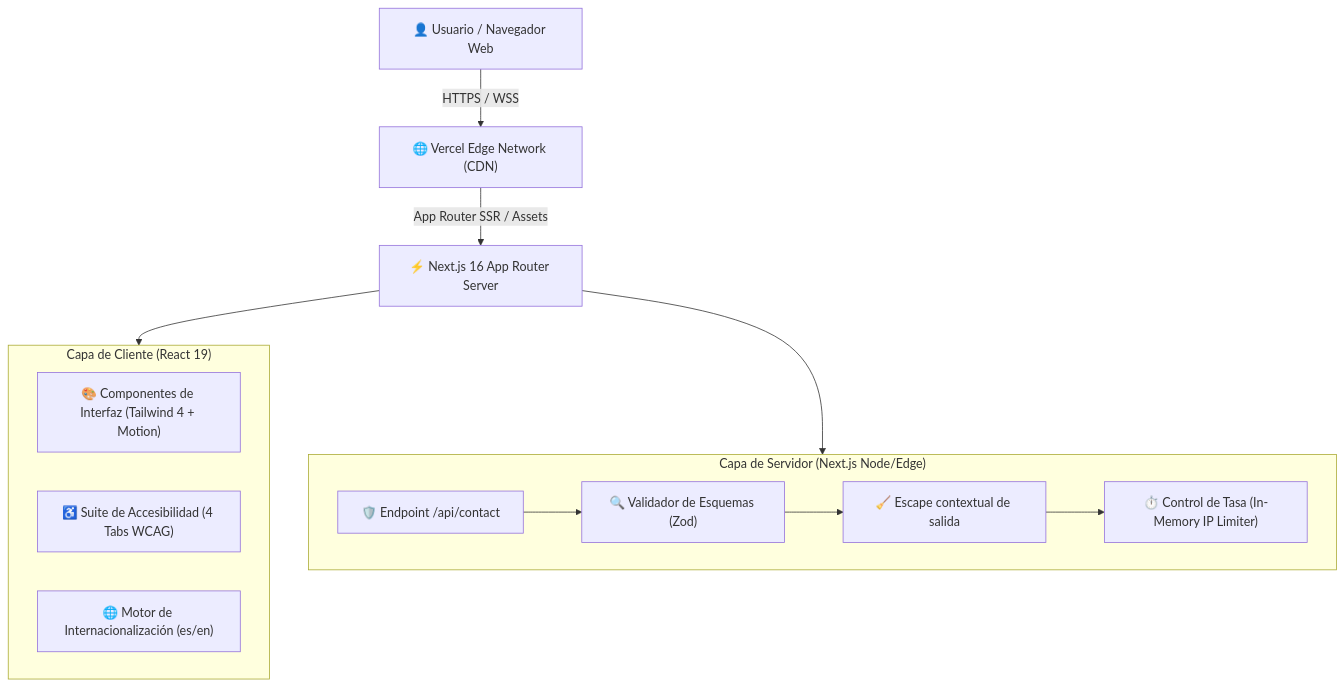
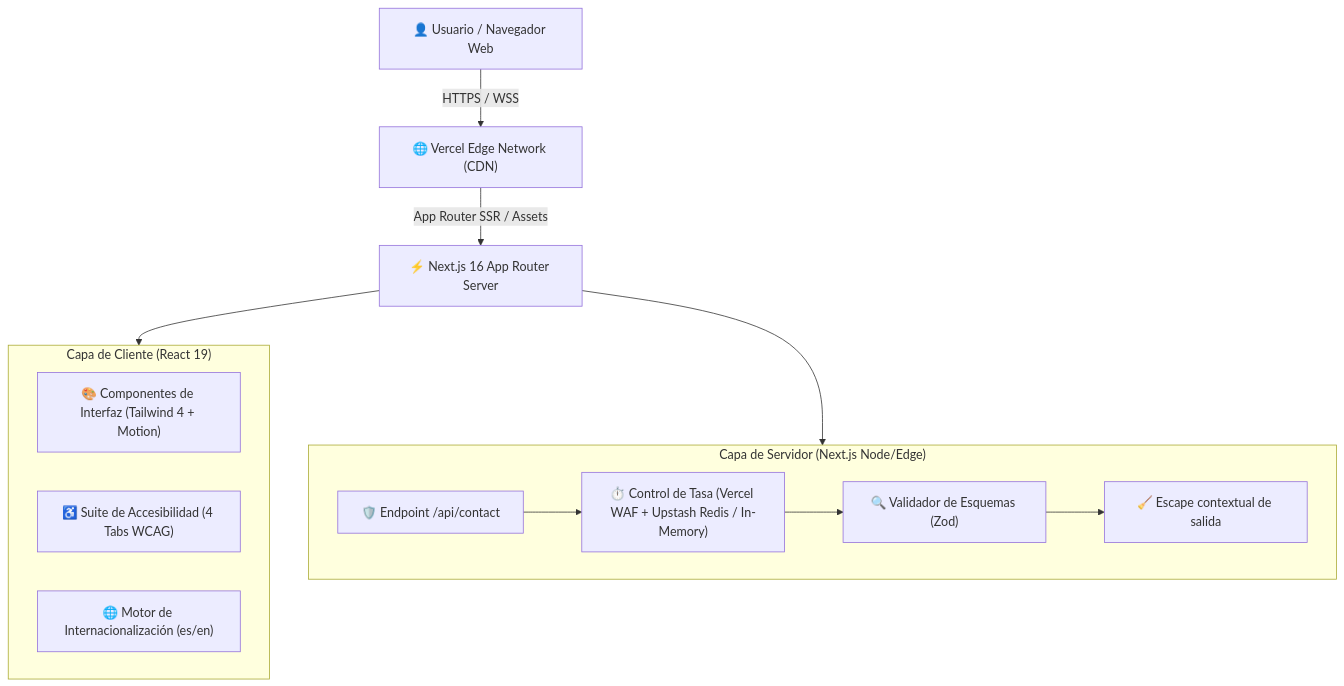
The diagram in docs/architecture/ARCHITECTURE.md (TuMyXx93/portfolio), drawn with Mermaid before and after one commit. The commit also changed other lines of this file and 110 other files, not shown here.

````diff
--- a/docs/architecture/ARCHITECTURE.md
+++ b/docs/architecture/ARCHITECTURE.md
@@ -9,22 +9,22 @@
 ```mermaid
 graph TD
     User["👤 Usuario / Navegador Web"] -->|HTTPS / WSS| VercelEdge["🌐 Vercel Edge Network (CDN)"]
     VercelEdge -->|App Router SSR / Assets| NextServer["⚡ Next.js 16 App Router Server"]
-    
+
     subgraph ClientLayer ["Capa de Cliente (React 19)"]
         UIComponents["🎨 Componentes de Interfaz (Tailwind 4 + Motion)"]
         AccessSuite["♿ Suite de Accesibilidad (4 Tabs WCAG)"]
         I18nEngine["🌐 Motor de Internacionalización (es/en)"]
     end
 
     subgraph ServerLayer ["Capa de Servidor (Next.js Node/Edge)"]
         APIContact["🛡️ Endpoint /api/contact"]
+        RateLimiter["⏱️ Control de Tasa (Vercel WAF + Upstash Redis / In-Memory)"]
         ZodValidator["🔍 Validador de Esquemas (Zod)"]
-    Sanitizer["🧹 Escape contextual de salida"]
-        RateLimiter["⏱️ Control de Tasa (In-Memory IP Limiter)"]
+        Sanitizer["🧹 Escape contextual de salida"]
     end
 
     NextServer --> ClientLayer
     NextServer --> ServerLayer
-    APIContact --> ZodValidator --> Sanitizer --> RateLimiter
+    APIContact --> RateLimiter --> ZodValidator --> Sanitizer
 ```
````
